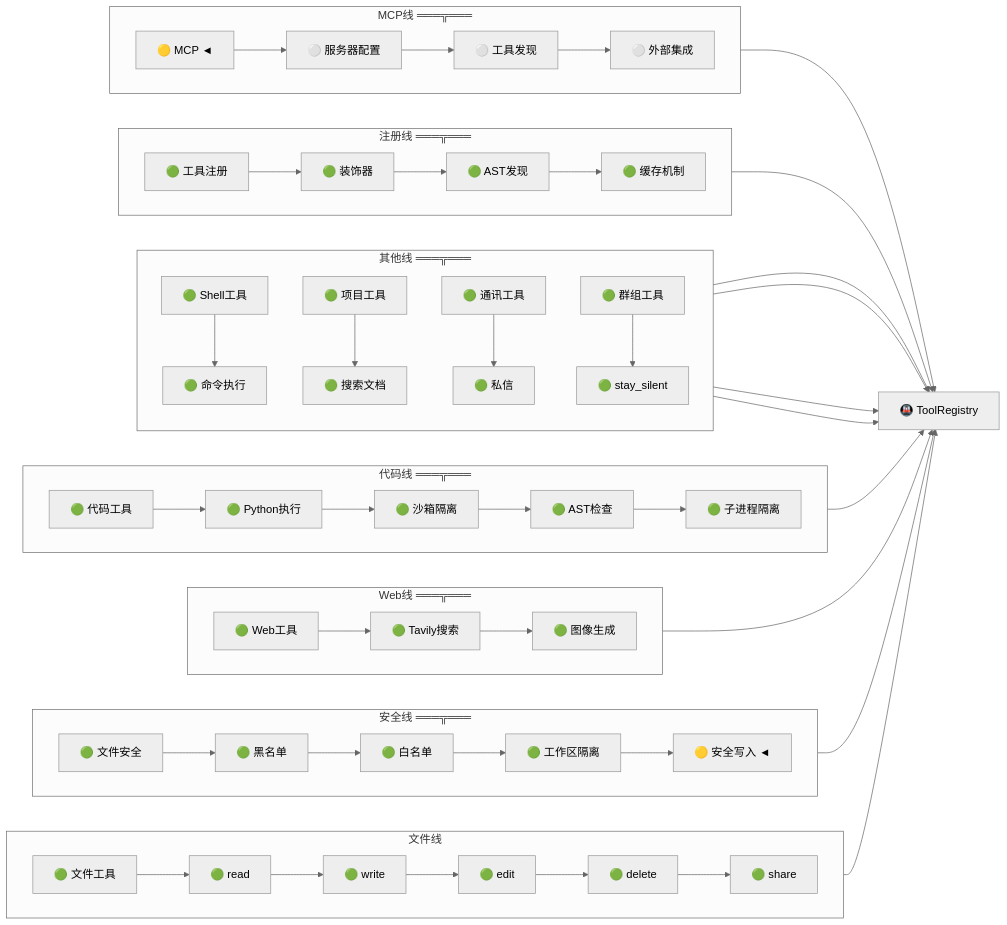
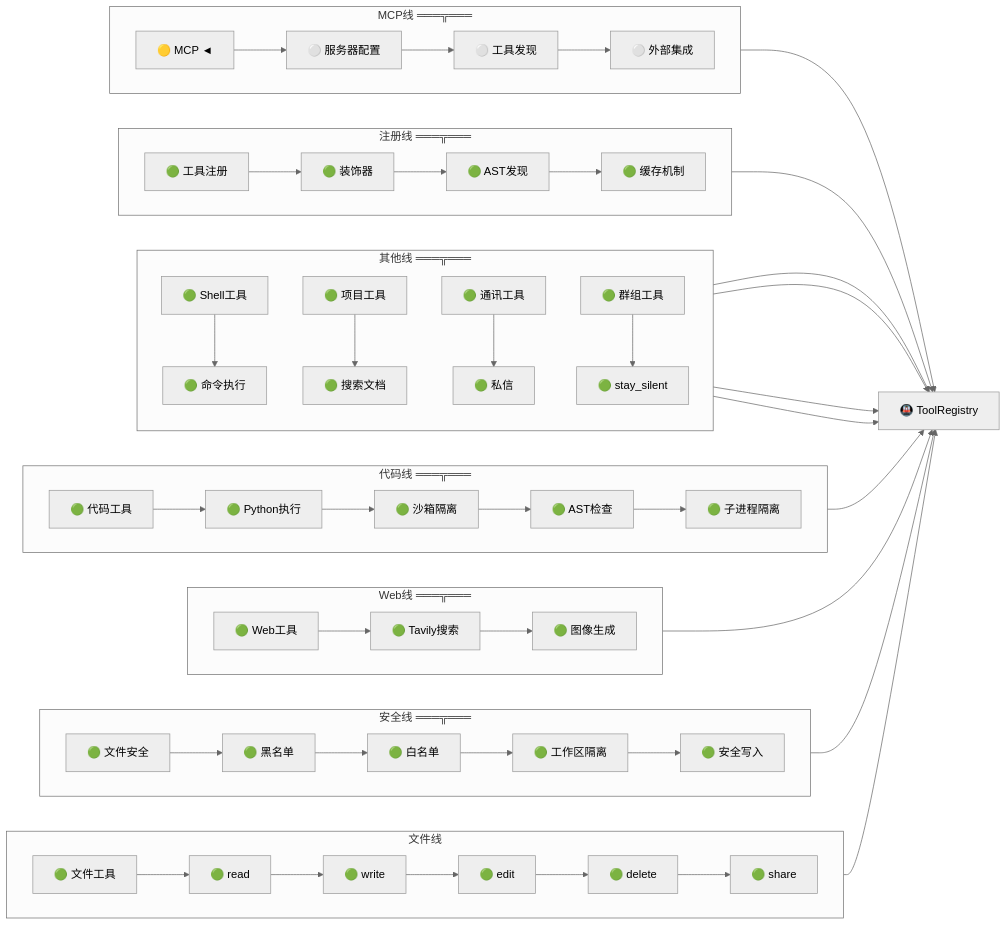
The fourth of 10 diagrams in docs/路线图.md (JIUYUE-SEP/CloudMind-Zome), drawn with Mermaid (neutral theme) before and after one commit. The commit also changed other lines of this file and 2 other files, not shown here.

Commit message:
docs: sync architecture, guide, and roadmap with current stack

````diff
--- a/docs/路线图.md
+++ b/docs/路线图.md
@@ -288,52 +297,52 @@
 ```mermaid
 flowchart LR
     subgraph 文件线["文件线"]
         direction LR
         A["🟢 文件工具"] --> B["🟢 read"] --> C["🟢 write"] --> D["🟢 edit"] --> E["🟢 delete"] --> F["🟢 share"]
     end
 
     subgraph 安全线["安全线 ═══╦═══"]
         direction LR
-        G["🟢 文件安全"] --> H["🟢 黑名单"] --> I["🟢 白名单"] --> J["🟢 工作区隔离"] --> K["🟡 安全写入 ◄"]
+        G["🟢 文件安全"] --> H["🟢 黑名单"] --> I["🟢 白名单"] --> J["🟢 工作区隔离"] --> K["🟢 安全写入"]
     end
 
     subgraph Web线["Web线 ═══╦═══"]
         direction LR
         L["🟢 Web工具"] --> M["🟢 Tavily搜索"] --> N["🟢 图像生成"]
     end
 
     subgraph 代码线["代码线 ═══╦═══"]
         direction LR
         O["🟢 代码工具"] --> P["🟢 Python执行"] --> Q["🟢 沙箱隔离"] --> R["🟢 AST检查"] --> S["🟢 子进程隔离"]
     end
 
     subgraph 其他线["其他线 ═══╦═══"]
         direction TB
         T["🟢 Shell工具"] --> U["🟢 命令执行"]
         V["🟢 项目工具"] --> W["🟢 搜索文档"]
         X["🟢 通讯工具"] --> Y["🟢 私信"]
         Z["🟢 群组工具"] --> AA["🟢 stay_silent"]
     end
 
     subgraph 注册线["注册线 ═══╦═══"]
         direction LR
         AB["🟢 工具注册"] --> AC["🟢 装饰器"] --> AD["🟢 AST发现"] --> AE["🟢 缓存机制"]
     end
 
     subgraph MCP线["MCP线 ═══╦═══"]
         direction LR
         AF["🟡 MCP ◄"] --> AG["⚪ 服务器配置"] --> AH["⚪ 工具发现"] --> AI["⚪ 外部集成"]
     end
 
     %% 汇入工具注册中心
     F --> ToolReg["🚇 ToolRegistry"]
     K --> ToolReg
     N --> ToolReg
     S --> ToolReg
     U --> ToolReg
     W --> ToolReg
     Y --> ToolReg
     AA --> ToolReg
     AE --> ToolReg
     AF --> ToolReg
 ```
````
